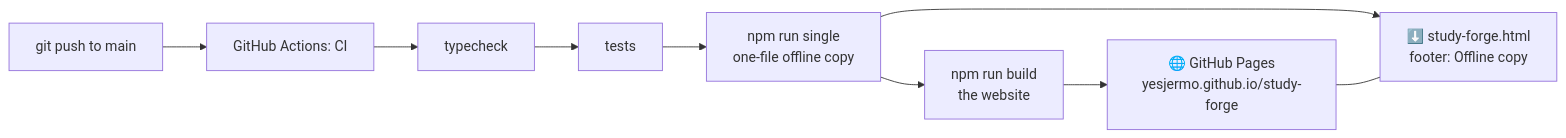
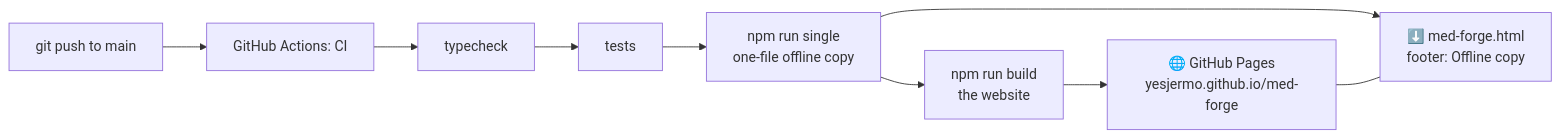
The second of 6 diagrams in README.md (yesjermo/med-forge), drawn with Mermaid before and after one commit. The commit also changed other lines of this file and 36 other files, not shown here.

First line of the commit message:
Rename StudyForge to MedForge

````diff
--- a/README.md
+++ b/README.md
@@ -68,8 +68,8 @@
 ```mermaid
 flowchart LR
     P["git push to main"] --> CI["GitHub Actions: CI"]
     CI --> TC["typecheck"] --> TS["tests"] --> B1["npm run single<br/>one-file offline copy"] --> B2["npm run build<br/>the website"]
-    B2 --> GP["🌐 GitHub Pages<br/>yesjermo.github.io/study-forge"]
-    B1 --> OC["⬇️ study-forge.html<br/>footer: Offline copy"]
+    B2 --> GP["🌐 GitHub Pages<br/>yesjermo.github.io/med-forge"]
+    B1 --> OC["⬇️ med-forge.html<br/>footer: Offline copy"]
     GP --- OC
 ```
````
